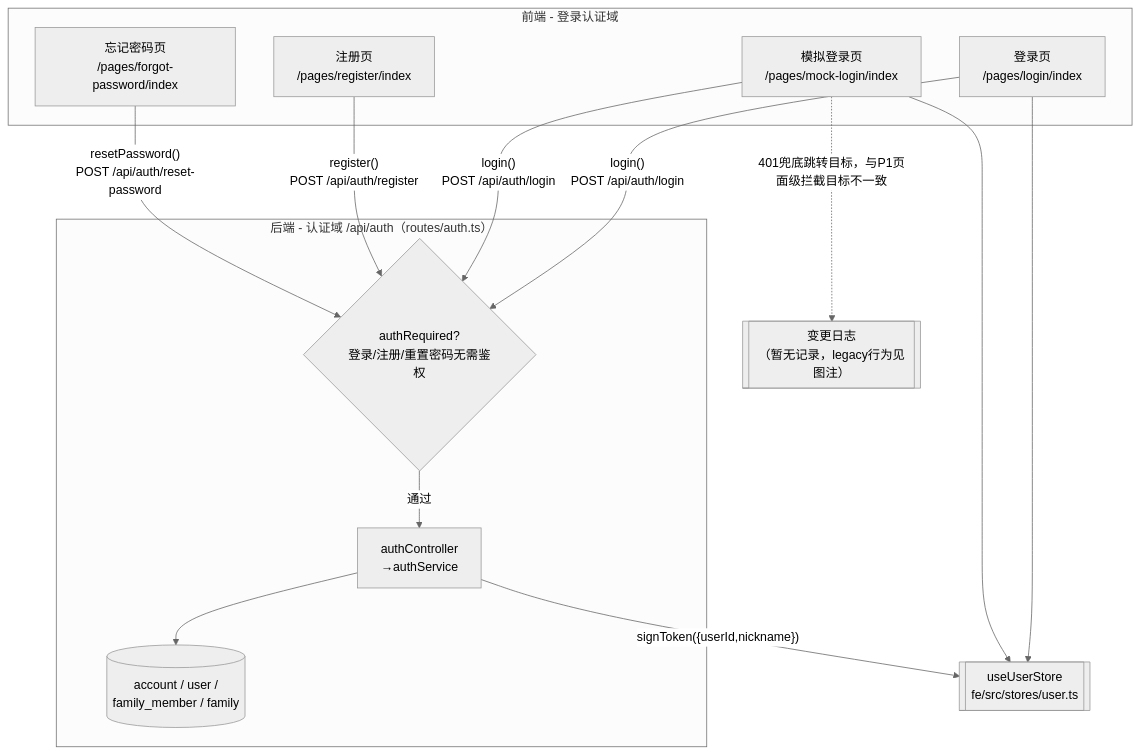
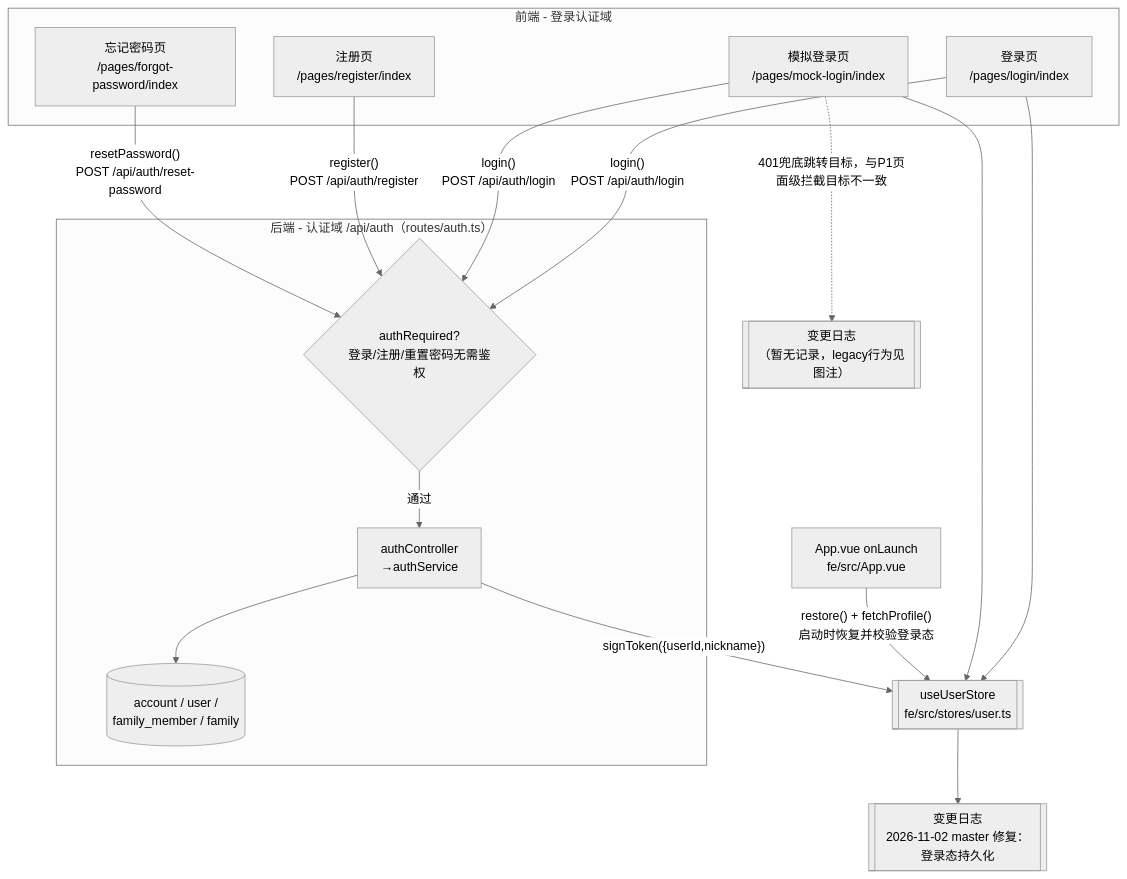
Before and after one commit to Sandanman/jiawei: the first of 6 diagrams in docs/project-cloud-map.md, drawn with Mermaid (neutral theme). The commit also changed other lines of this file and 2 other files, not shown here.

Commit message:
fix: 修复fe页面刷新后需要重新登录的问题
登录态原来只存于Pinia内存，刷新后丢失。新增token/familyId持久化到本地存储，
App启动时恢复并校验登录态；同步更新项目云图。

````diff
--- a/docs/project-cloud-map.md
+++ b/docs/project-cloud-map.md
@@ -21,29 +21,35 @@
 ```mermaid
 flowchart TD
     subgraph FE_AUTH["前端 - 登录认证域"]
         P1["登录页\n/pages/login/index"]
         P2["模拟登录页\n/pages/mock-login/index"]
         P3["注册页\n/pages/register/index"]
         P4["忘记密码页\n/pages/forgot-password/index"]
     end
 
     STORE_U[["useUserStore\nfe/src/stores/user.ts"]]
 
     subgraph BE_AUTH["后端 - 认证域 /api/auth（routes/auth.ts）"]
         GATE_AUTH{"authRequired?\n登录/注册/重置密码无需鉴权"}
         BIZ_AUTH["authController\n→authService"]
         DB_AUTH[("account / user /\nfamily_member / family")]
     end
 
     P1 -->|"login()\nPOST /api/auth/login"| GATE_AUTH
     P2 -->|"login()\nPOST /api/auth/login"| GATE_AUTH
     P3 -->|"register()\nPOST /api/auth/register"| GATE_AUTH
     P4 -->|"resetPassword()\nPOST /api/auth/reset-password"| GATE_AUTH
     GATE_AUTH -->|"通过"| BIZ_AUTH --> DB_AUTH
     BIZ_AUTH -->|"signToken({userId,nickname})"| STORE_U
     P1 --> STORE_U
     P2 --> STORE_U
 
+    APP_LAUNCH["App.vue onLaunch\nfe/src/App.vue"]
+    APP_LAUNCH -->|"restore() + fetchProfile()\n启动时恢复并校验登录态"| STORE_U
+
     LOG_P2[["变更日志\n（暂无记录，legacy行为见图注）"]]
     P2 -.->|"401兜底跳转目标，与P1页面级拦截目标不一致"| LOG_P2
+
+    LOG_STORE_U[["变更日志\n2026-11-02 master 修复：登录态持久化"]]
+    STORE_U --> LOG_STORE_U
 ```
````
